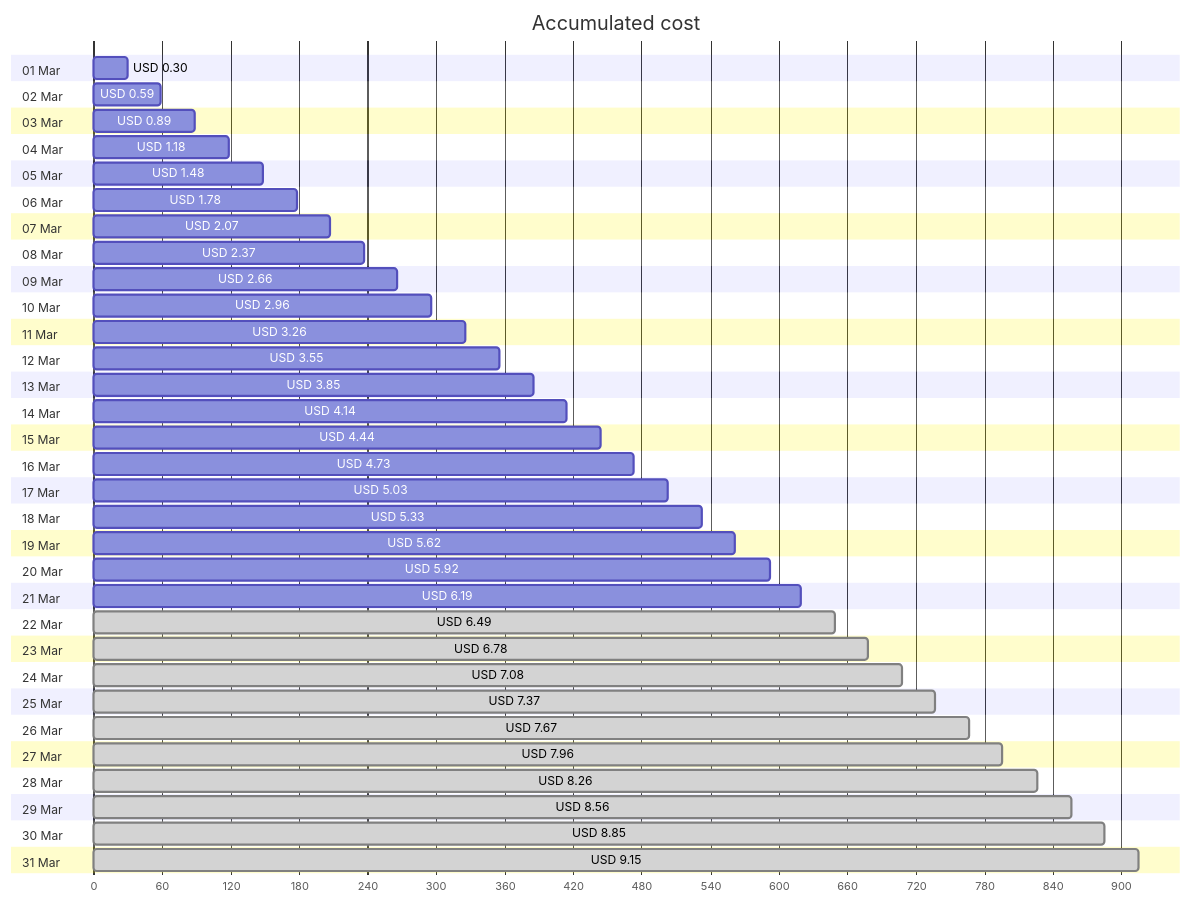
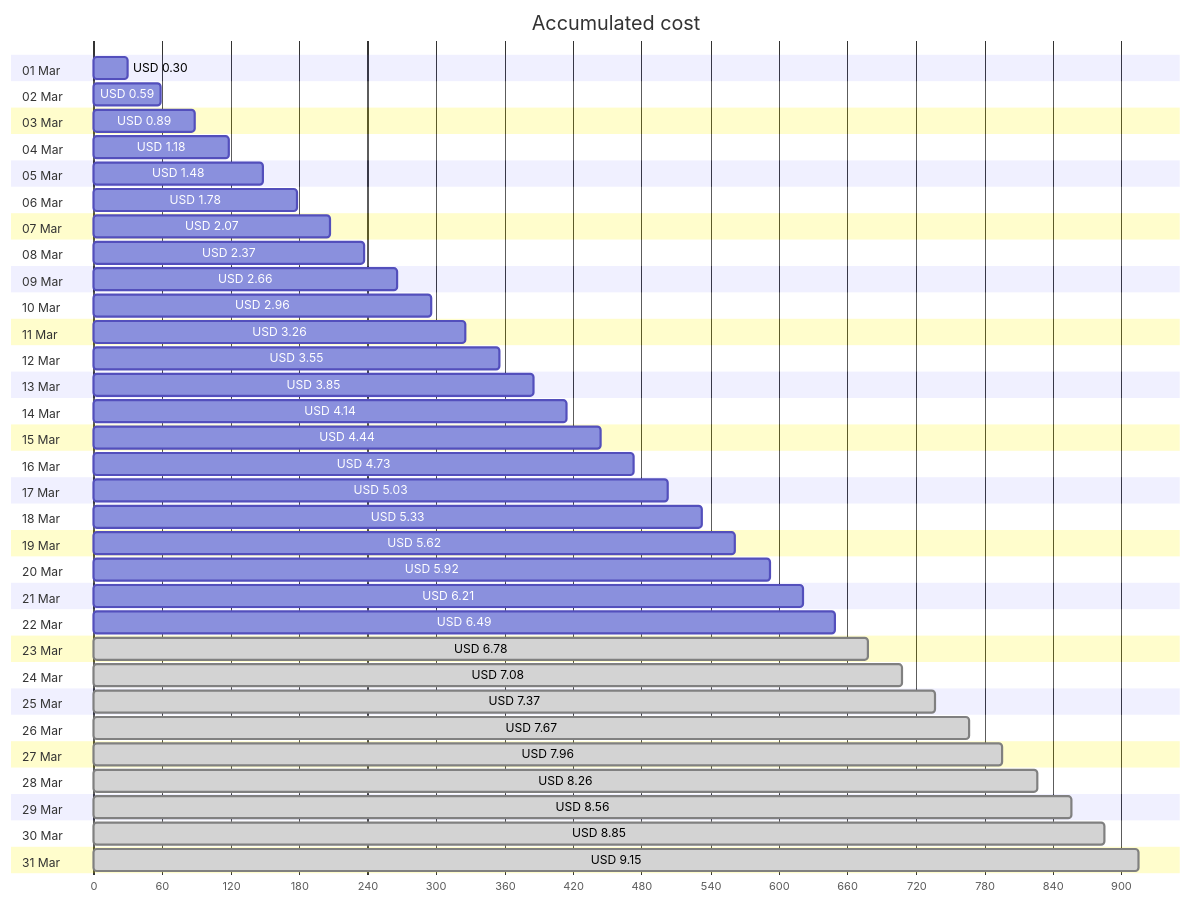
Before and after one commit to jpfulton/azure-personal-reports: the first of 4 diagrams in cost-reports/personal-site/personal-site-preview.md, drawn with Mermaid. The commit also changed other lines of this file and 6 other files, not shown here.

````diff
--- a/cost-reports/personal-site/personal-site-preview.md
+++ b/cost-reports/personal-site/personal-site-preview.md
@@ -20,68 +20,68 @@
 ```mermaid
 gantt
    title Accumulated cost
    dateFormat  X
    axisFormat %s
    section 01 Mar
    USD 0.30 :0, 30
    section 02 Mar
    USD 0.59 :0, 59
    section 03 Mar
    USD 0.89 :0, 89
    section 04 Mar
    USD 1.18 :0, 118
    section 05 Mar
    USD 1.48 :0, 148
    section 06 Mar
    USD 1.78 :0, 178
    section 07 Mar
    USD 2.07 :0, 207
    section 08 Mar
    USD 2.37 :0, 237
    section 09 Mar
    USD 2.66 :0, 266
    section 10 Mar
    USD 2.96 :0, 296
    section 11 Mar
    USD 3.26 :0, 326
    section 12 Mar
    USD 3.55 :0, 355
    section 13 Mar
    USD 3.85 :0, 385
    section 14 Mar
    USD 4.14 :0, 414
    section 15 Mar
    USD 4.44 :0, 444
    section 16 Mar
    USD 4.73 :0, 473
    section 17 Mar
    USD 5.03 :0, 503
    section 18 Mar
    USD 5.33 :0, 533
    section 19 Mar
    USD 5.62 :0, 562
    section 20 Mar
    USD 5.92 :0, 592
    section 21 Mar
-   USD 6.19 :0, 619
+   USD 6.21 :0, 621
    section 22 Mar
-   USD 6.49 : done, 0, 649
+   USD 6.49 :0, 649
    section 23 Mar
    USD 6.78 : done, 0, 678
    section 24 Mar
    USD 7.08 : done, 0, 708
    section 25 Mar
    USD 7.37 : done, 0, 737
    section 26 Mar
    USD 7.67 : done, 0, 767
    section 27 Mar
    USD 7.96 : done, 0, 796
    section 28 Mar
    USD 8.26 : done, 0, 826
    section 29 Mar
    USD 8.56 : done, 0, 856
    section 30 Mar
    USD 8.85 : done, 0, 885
    section 31 Mar
    USD 9.15 : done, 0, 915
 ```
````
